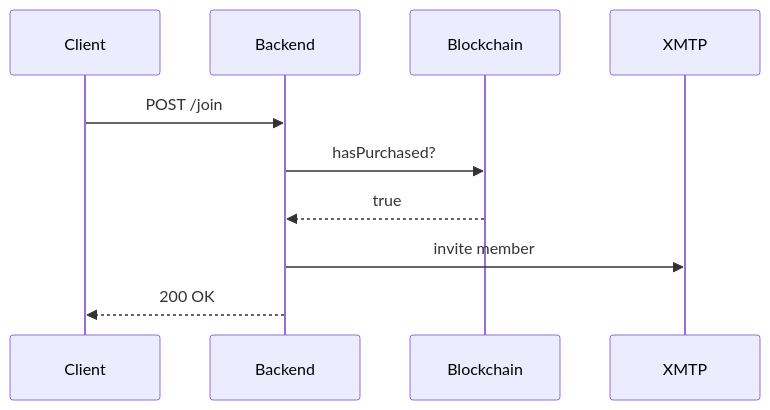
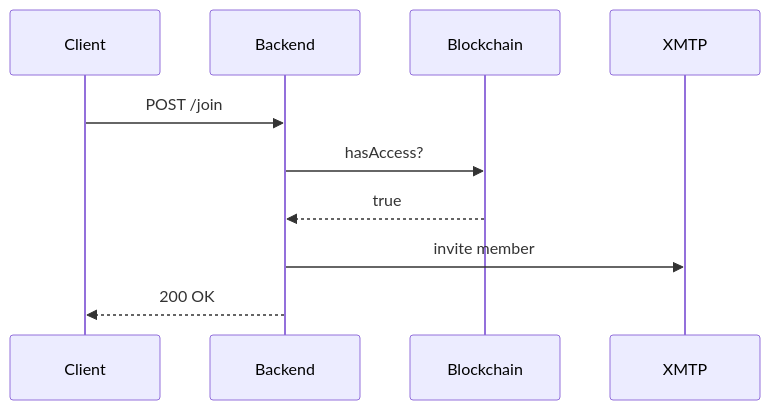
Before and after one commit to templ-fun/templ-evm-protocol: the second of 2 diagrams in BACKEND.md, drawn with Mermaid. The commit also changed other lines of this file and 10 other files, not shown here.

````diff
--- a/BACKEND.md
+++ b/BACKEND.md
@@ -103,13 +103,13 @@
 ```mermaid
 sequenceDiagram
     participant C as Client
     participant B as Backend
     participant CHAIN as Blockchain
     participant X as XMTP
 
     C->>B: POST /join
-    B->>CHAIN: hasPurchased?
+    B->>CHAIN: hasAccess?
     CHAIN-->>B: true
     B->>X: invite member
     B-->>C: 200 OK
 ```
````
